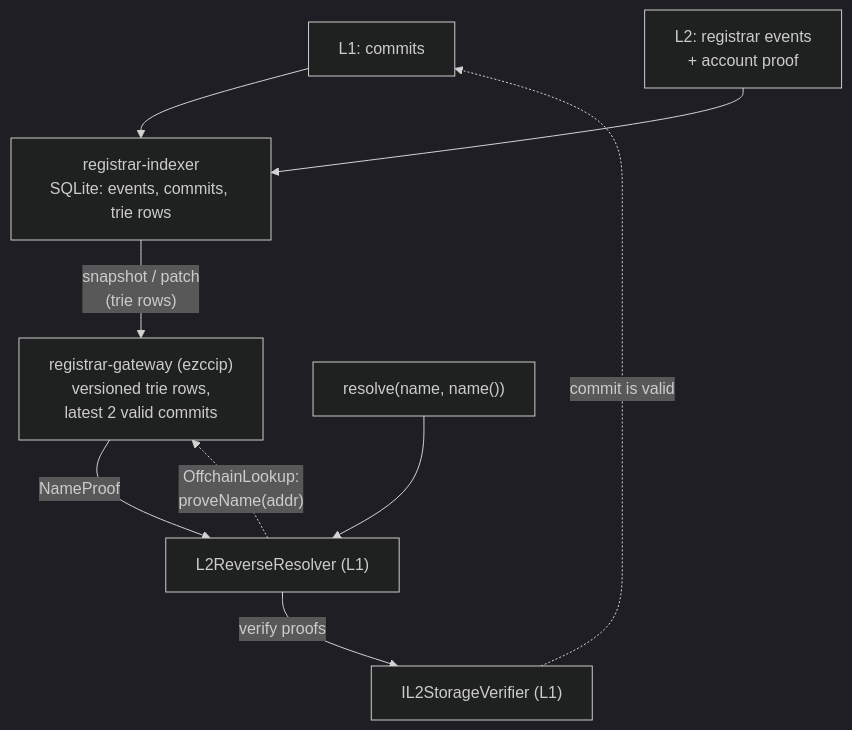
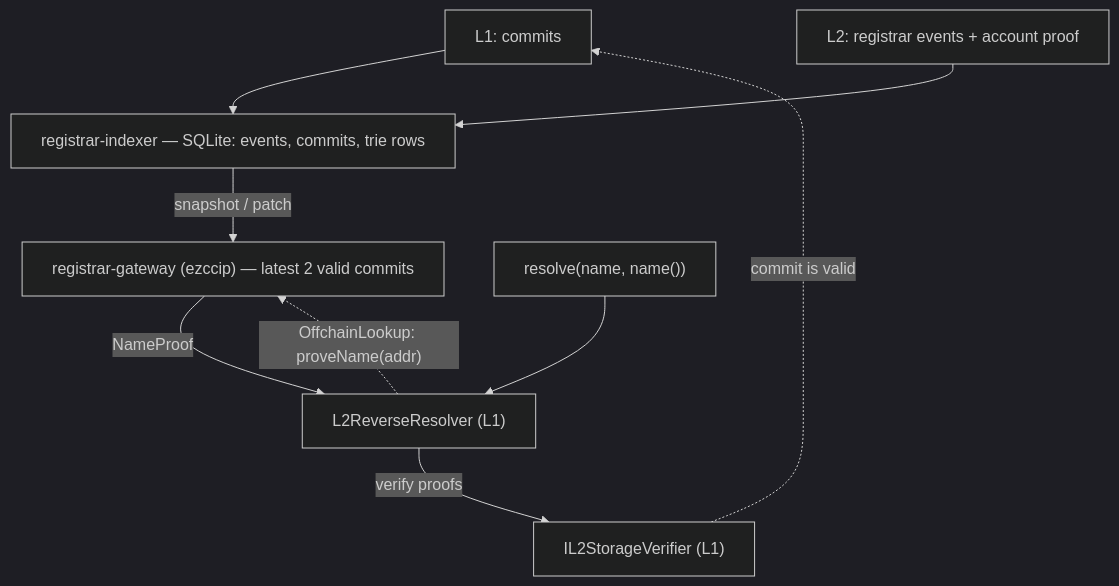
Before and after one commit to ensdomains/primary-name-gateway: the diagram in README.md, drawn with Mermaid (dark theme).

Commit message:
README: wider diagram boxes
The vertical diagram was too tall: Mermaid wraps labels at 200px. Raise
flowchart.wrappingWidth to 400 and keep each label on one line, so the
boxes are wide and short.

````diff
--- a/README.md
+++ b/README.md
@@ -19,11 +19,12 @@
 ```mermaid
+%%{init: {"flowchart": {"wrappingWidth": 400}}}%%
 flowchart TD
     L1c["L1: commits"] --> indexer
-    L2["L2: registrar events<br/>+ account proof"] --> indexer
-    indexer["registrar-indexer<br/>SQLite: events, commits, trie rows"] -->|"snapshot / patch<br/>(trie rows)"| gateway
-    gateway["registrar-gateway (ezccip)<br/>versioned trie rows,<br/>latest 2 valid commits"] -->|"NameProof"| resolver
+    L2["L2: registrar events + account proof"] --> indexer
+    indexer["registrar-indexer — SQLite: events, commits, trie rows"] -->|"snapshot / patch"| gateway
+    gateway["registrar-gateway (ezccip) — latest 2 valid commits"] -->|"NameProof"| resolver
     client["resolve(name, name())"] --> resolver
-    resolver["L2ReverseResolver (L1)"] -.->|"OffchainLookup:<br/>proveName(addr)"| gateway
+    resolver["L2ReverseResolver (L1)"] -.->|"OffchainLookup: proveName(addr)"| gateway
     resolver -->|"verify proofs"| verifier["IL2StorageVerifier (L1)"]
     verifier -.->|"commit is valid"| L1c
 ```
````
